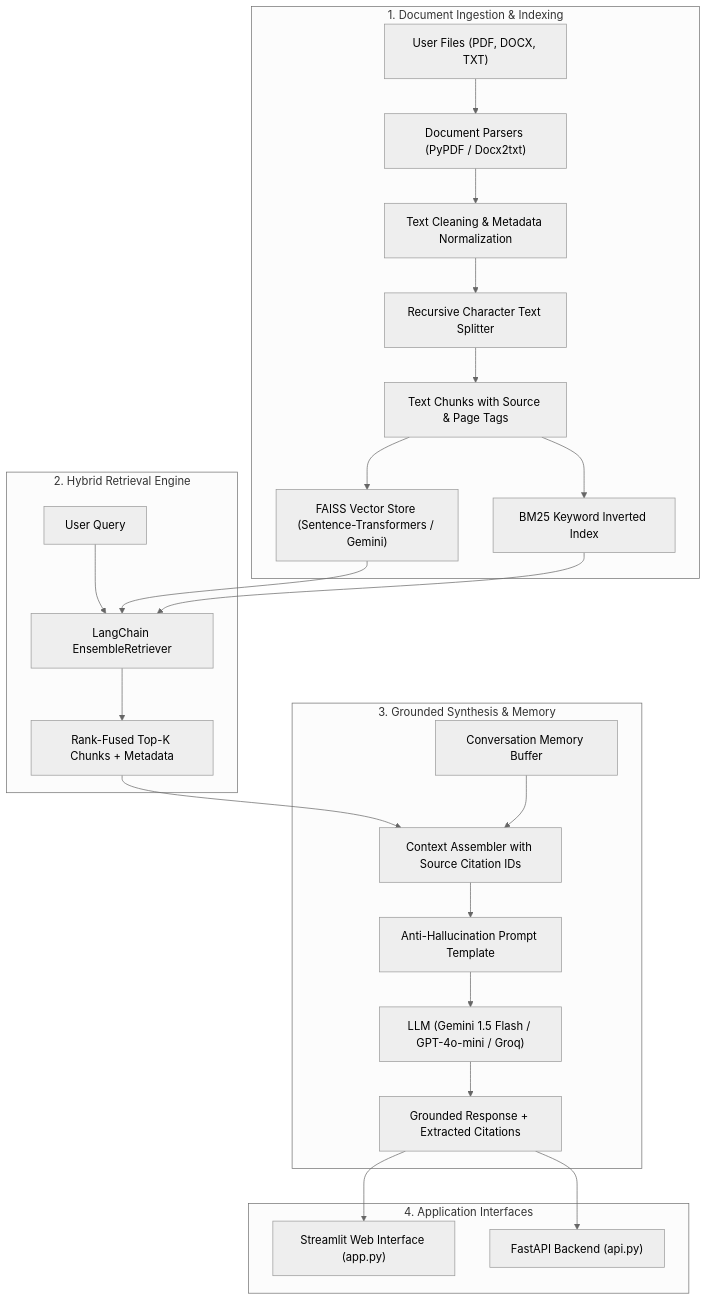
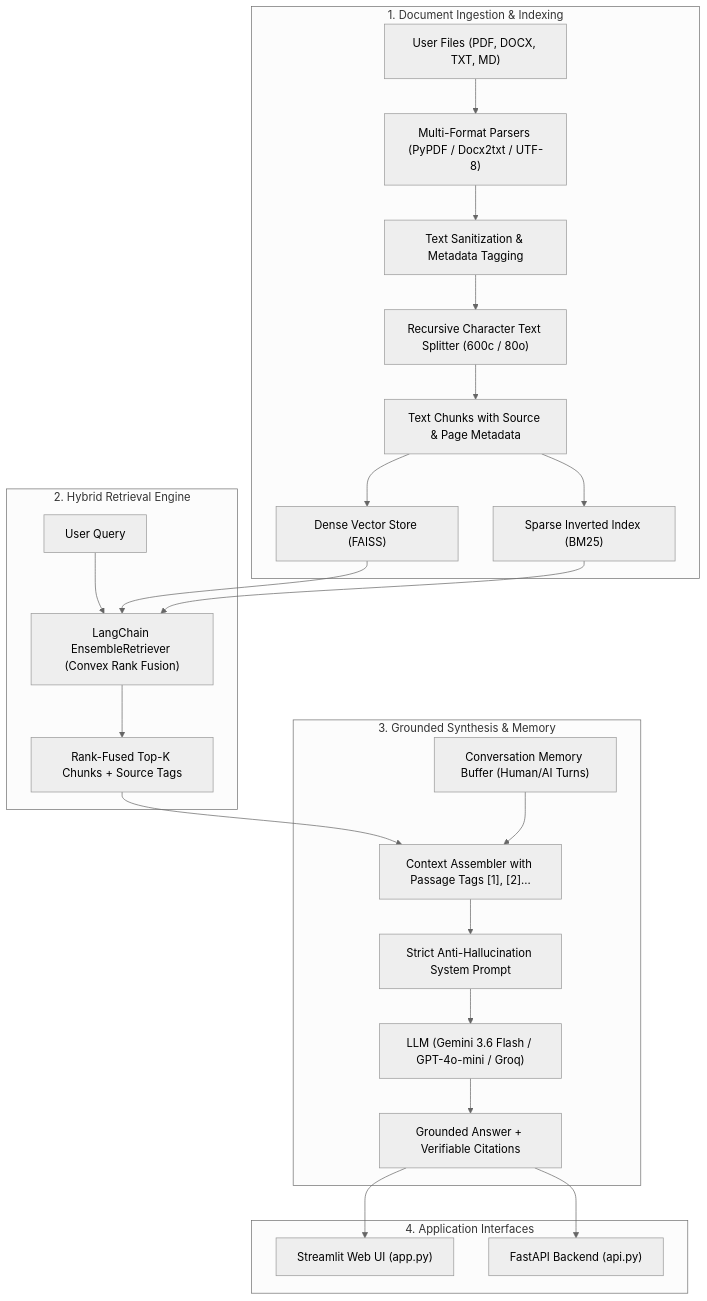
The diagram in README.md (hemanthmikkie/RAG_LLM_QA), drawn with Mermaid (neutral theme) before and after one commit. The commit also changed other lines of this file, not shown here.

Commit message:
docs: expand README.md with comprehensive RAG explanations, architecture diagrams, and benchmark guides

````diff
--- a/README.md
+++ b/README.md
@@ -29,31 +69,31 @@
 ```mermaid
 flowchart TD
     subgraph Ingestion ["1. Document Ingestion & Indexing"]
-        Docs["User Files (PDF, DOCX, TXT)"] --> Loaders["Document Parsers (PyPDF / Docx2txt)"]
-        Loaders --> TextClean["Text Cleaning & Metadata Normalization"]
-        TextClean --> Chunking["Recursive Character Text Splitter"]
-        Chunking --> Chunks["Text Chunks with Source & Page Tags"]
-        Chunks --> DenseIndex["FAISS Vector Store (Sentence-Transformers / Gemini)"]
-        Chunks --> SparseIndex["BM25 Keyword Inverted Index"]
+        Docs["User Files (PDF, DOCX, TXT, MD)"] --> Loaders["Multi-Format Parsers (PyPDF / Docx2txt / UTF-8)"]
+        Loaders --> TextClean["Text Sanitization & Metadata Tagging"]
+        TextClean --> Chunking["Recursive Character Text Splitter (600c / 80o)"]
+        Chunking --> Chunks["Text Chunks with Source & Page Metadata"]
+        Chunks --> DenseFAISS["Dense Vector Store (FAISS)"]
+        Chunks --> SparseBM25["Sparse Inverted Index (BM25)"]
     end
 
     subgraph HybridEngine ["2. Hybrid Retrieval Engine"]
-        Query["User Query"] --> Ensemble["LangChain EnsembleRetriever"]
-        DenseIndex --> Ensemble
-        SparseIndex --> Ensemble
-        Ensemble --> TopK["Rank-Fused Top-K Chunks + Metadata"]
+        Query["User Query"] --> Ensemble["LangChain EnsembleRetriever (Convex Rank Fusion)"]
+        DenseFAISS --> Ensemble
+        SparseBM25 --> Ensemble
+        Ensemble --> TopK["Rank-Fused Top-K Chunks + Source Tags"]
     end
 
     subgraph LLMGeneration ["3. Grounded Synthesis & Memory"]
-        TopK --> PromptContext["Context Assembler with Source Citation IDs"]
-        ChatHistory["Conversation Memory Buffer"] --> PromptContext
-        PromptContext --> StrictPrompt["Anti-Hallucination Prompt Template"]
-        StrictPrompt --> LLM["LLM (Gemini 1.5 Flash / GPT-4o-mini / Groq)"]
-        LLM --> Output["Grounded Response + Extracted Citations"]
+        TopK --> PromptContext["Context Assembler with Passage Tags [1], [2]..."]
+        ChatHistory["Conversation Memory Buffer (Human/AI Turns)"] --> PromptContext
+        PromptContext --> StrictPrompt["Strict Anti-Hallucination System Prompt"]
+        StrictPrompt --> LLM["LLM (Gemini 3.6 Flash / GPT-4o-mini / Groq)"]
+        LLM --> Output["Grounded Answer + Verifiable Citations"]
     end
 
     subgraph Delivery ["4. Application Interfaces"]
-        Output --> WebApp["Streamlit Web Interface (app.py)"]
+        Output --> WebApp["Streamlit Web UI (app.py)"]
         Output --> RESTApi["FastAPI Backend (api.py)"]
     end
 ```
````
